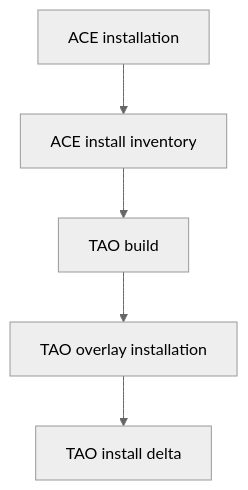
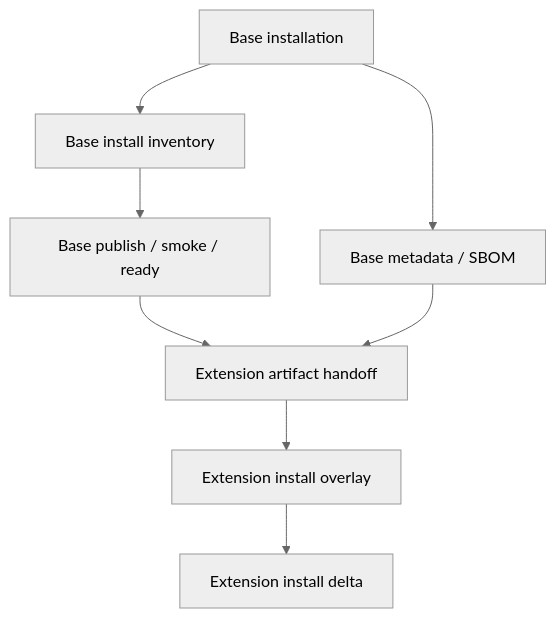
Before and after one commit to adeccscholar/BuildEngine-Admin: the fifth of 8 diagrams in admin/server-docs/build-libraries.md, drawn with Mermaid (neutral theme). The commit also changed other lines of this file, not shown here.

````diff
--- a/admin/server-docs/build-libraries.md
+++ b/admin/server-docs/build-libraries.md
@@ -305,7 +201,10 @@
 ```mermaid
 flowchart TD
-    AI[ACE installation] --> AINV[ACE install inventory]
-    AINV --> TB[TAO build]
-    TB --> TI[TAO overlay installation]
-    TI --> TINV[TAO install delta]
+    AI[Base installation] --> AINV[Base install inventory]
+    AINV --> AP[Base publish / smoke / ready]
+    AI --> AM[Base metadata / SBOM]
+    AP --> H[Extension artifact handoff]
+    AM --> H
+    H --> EI[Extension install overlay]
+    EI --> EINV[Extension install delta]
 ```
````
